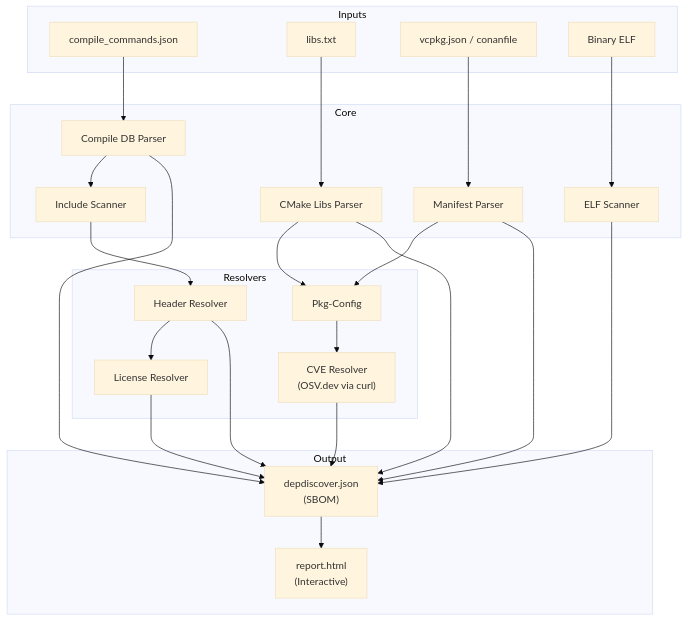
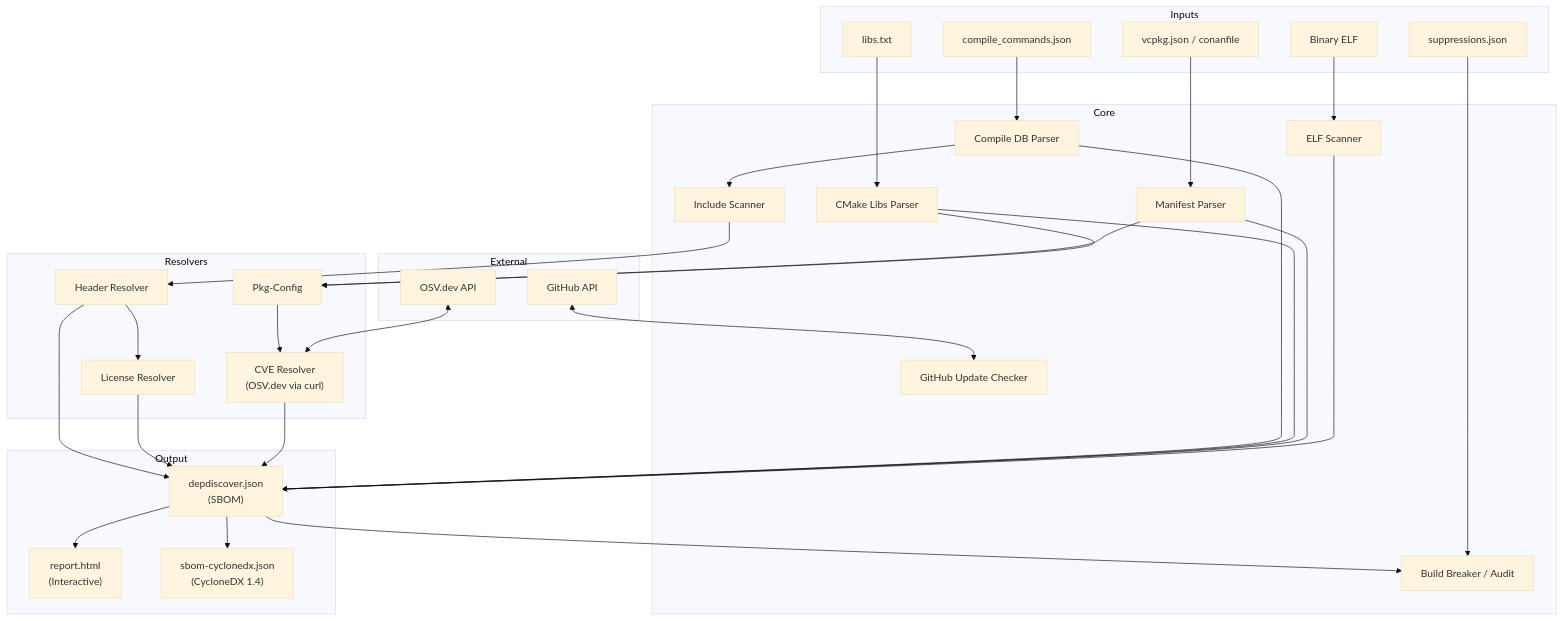
The diagram in docs/architecture/component_diagram.mmd (Zheng-Bote/depdiscover), drawn with Mermaid (base theme) before and after one commit. The commit also changed 33 other files, not shown here.

```diff
--- a/docs/architecture/component_diagram.mmd
+++ b/docs/architecture/component_diagram.mmd
@@ -1,44 +1,58 @@
 graph TD
+    subgraph External
+        GH[GitHub API]
+        OSV[OSV.dev API]
+    end
+
     subgraph Inputs
         CC[compile_commands.json]
         LIBS[libs.txt]
         MAN[vcpkg.json / conanfile]
         BIN[Binary ELF]
+        SUPP[suppressions.json]
     end
 
     subgraph Core
+        UC[GitHub Update Checker]
         P_CC[Compile DB Parser]
         P_CMAKE[CMake Libs Parser]
         P_MAN[Manifest Parser]
         S_ELF[ELF Scanner]
         S_INC[Include Scanner]
+        BB[Build Breaker / Audit]
     end
 
     subgraph Resolvers
         R_HEAD[Header Resolver]
         R_PKG[Pkg-Config]
         R_LIC[License Resolver]
         R_CVE["CVE Resolver<br>(OSV.dev via curl)"]
     end
 
     subgraph Output
         JSON["depdiscover.json <br> (SBOM)"]
         HTML["report.html <br> (Interactive)"]
+        CDX["sbom-cyclonedx.json <br> (CycloneDX 1.4)"]
     end
 
+    GH <--> UC
     CC --> P_CC
     LIBS --> P_CMAKE
     MAN --> P_MAN
     BIN --> S_ELF
+    SUPP --> BB
 
     P_CC --> S_INC
     S_INC --> R_HEAD
 
     P_MAN --> R_PKG
     P_CMAKE --> R_PKG
 
     R_HEAD --> R_LIC
     R_PKG --> R_CVE
+    OSV <--> R_CVE
 
     P_CC & P_CMAKE & P_MAN & S_ELF & R_HEAD & R_LIC & R_CVE --> JSON
+    JSON --> BB
     JSON --> HTML
+    JSON --> CDX
```
